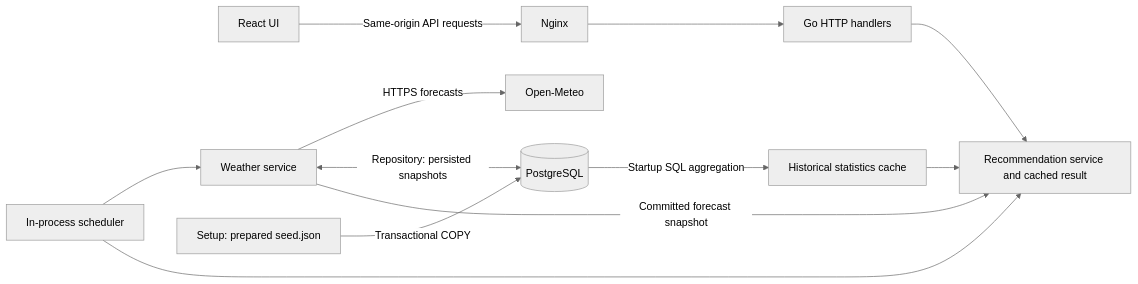
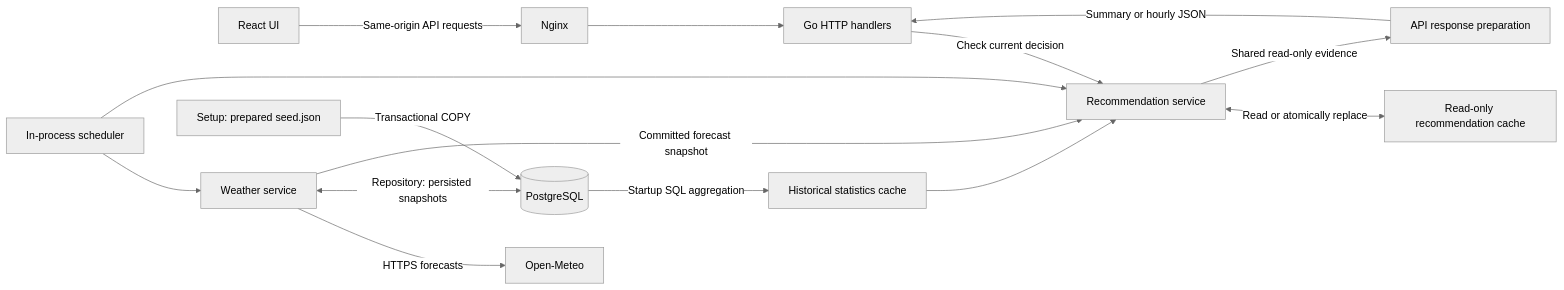
One commit to mVaibhavPrakash/uber-assignment changed the diagram in DESIGN_AND_SCALABILITY.md. Above: the diagram before and after it, drawn with Mermaid (neutral theme). The commit also changed other lines of this file and 48 other files, not shown here.

````diff
--- a/DESIGN_AND_SCALABILITY.md
+++ b/DESIGN_AND_SCALABILITY.md
@@ -9,14 +9,17 @@
 ```mermaid
 flowchart LR
     Browser[React UI] -->|Same-origin API requests| Nginx
     Nginx --> API[Go HTTP handlers]
-    API --> Recommendation[Recommendation service and cached result]
+    API -->|Check current decision| Recommendation[Recommendation service]
+    Recommendation <-->|Read or atomically replace| ResultCache[Read-only recommendation cache]
+    Recommendation -->|Shared read-only evidence| Response[API response preparation]
+    Response -->|Summary or hourly JSON| API
     Scheduler[In-process scheduler] --> Weather[Weather service]
     Scheduler --> Recommendation
     Weather -->|HTTPS forecasts| OpenMeteo[Open-Meteo]
     Weather <-->|Repository: persisted snapshots| DB[(PostgreSQL)]
     DB -->|Startup SQL aggregation| History[Historical statistics cache]
     History --> Recommendation
     Weather -->|Committed forecast snapshot| Recommendation
     Seed[Setup: prepared seed.json] -->|Transactional COPY| DB
 ```
````
